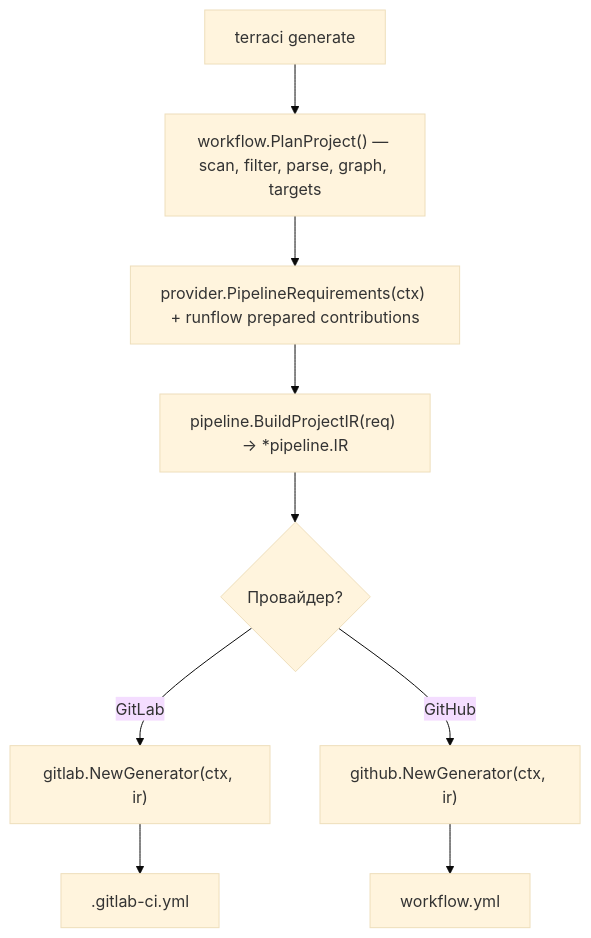
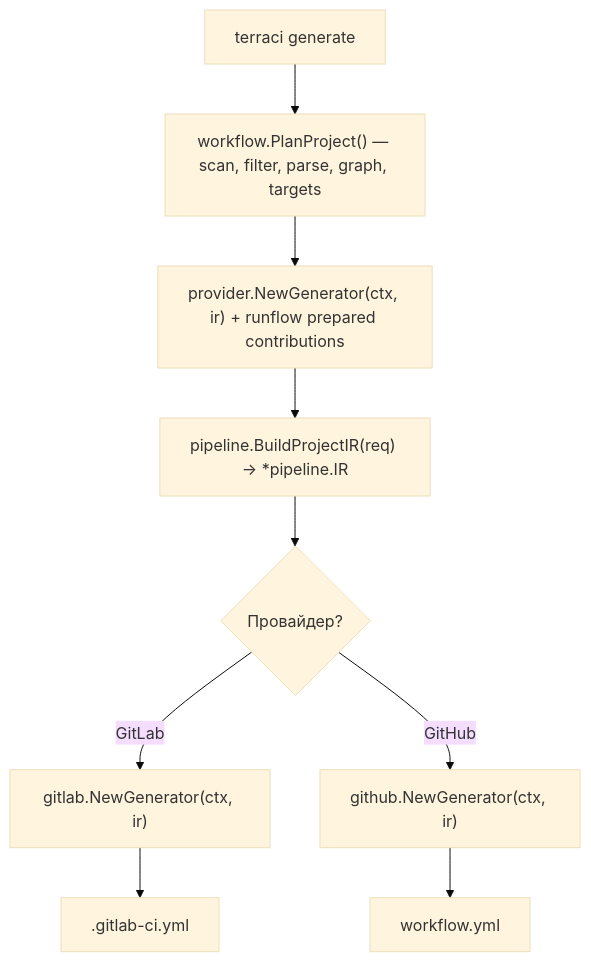
The fourth of 4 diagrams in docs/ru/guide/how-it-works.md (edelwud/terraci), drawn with Mermaid (base theme) before and after one commit. The commit also changed other lines of this file and 104 other files, not shown here.

````diff
--- a/docs/ru/guide/how-it-works.md
+++ b/docs/ru/guide/how-it-works.md
@@ -214,10 +213,10 @@
 ```mermaid
 flowchart TD
   A["terraci generate"] --> B
   B["workflow.PlanProject() — scan, filter, parse, graph, targets"] --> C
-  C["provider.PipelineRequirements(ctx) + runflow prepared contributions"] --> D
+  C["provider.NewGenerator(ctx, ir) + runflow prepared contributions"] --> D
   D["pipeline.BuildProjectIR(req) → *pipeline.IR"] --> E
   E{"Провайдер?"}
   E -->|GitLab| F["gitlab.NewGenerator(ctx, ir)"] --> G[".gitlab-ci.yml"]
   E -->|GitHub| H["github.NewGenerator(ctx, ir)"] --> I["workflow.yml"]
 ```
````
